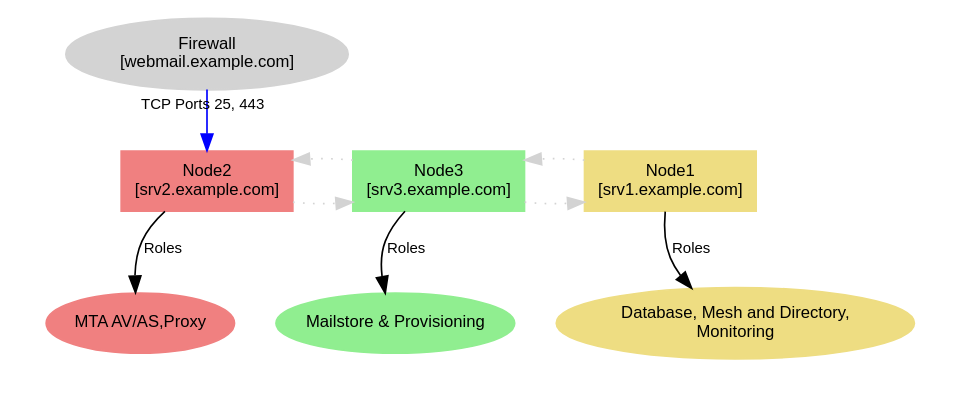
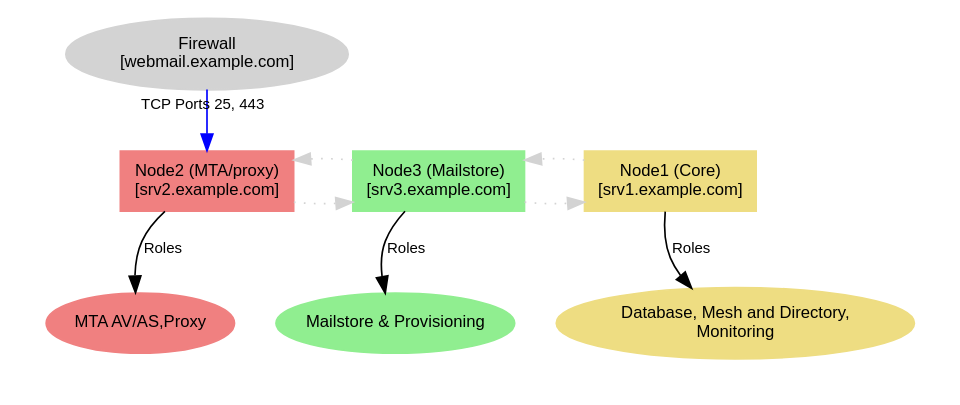
Before and after one commit to zextras/tech-doc: the diagram in source/carbonio/install/scenarios/essential/essential.dot, drawn with Graphviz.

Commit message:
[ZTD-938] add names to the Nodes

```diff
--- a/source/carbonio/install/scenarios/essential/essential.dot
+++ b/source/carbonio/install/scenarios/essential/essential.dot
@@ -1,64 +1,64 @@
 digraph NetworkWithPortForwarding {
     rankdir=TB;
     node [shape=box, style=filled, fontname="Arial", fontsize=10];
 
     // Firewall node
     "Firewall" [label="Firewall\n[webmail.example.com]", shape=ellipse, style=filled, color=lightgrey];
 
     // First Node: Hosting Database, Mesh and Directory, etc.
-    "Node1 (Server)" [label="Node1 \n[srv1.example.com]", shape=box, style=filled, color=lightgoldenrod];
+    "Node1 (Server)" [label="Node1 (Core) \n[srv1.example.com]", shape=box, style=filled, color=lightgoldenrod];
 
     subgraph cluster_roles_node1 {
         label = ""; // Remove default cluster label
         color = none; // Remove box boundary
 
         "RolesNode1" [label="Database, Mesh and Directory,\nMonitoring", 
                       shape=ellipse, style=filled, color=lightgoldenrod, fontname="Arial", fontsize=10];
     }
 
     // Second Node: Hosting WSC, Docs, and Tasks
-    "Node2 (Server)" [label="Node2 \n[srv2.example.com]", shape=box, style=filled, color=lightcoral];
+    "Node2 (Server)" [label="Node2 (MTA/proxy) \n[srv2.example.com]", shape=box, style=filled, color=lightcoral];
 
     subgraph cluster_roles_node2 {
         label = ""; // Remove default cluster label
         color = none; // Remove box boundary
 
         "RolesNode2" [label="MTA AV/AS,Proxy", 
                       shape=ellipse, style=filled, color=lightcoral, fontname="Arial", fontsize=10];
     }
 
     // Third Node: Hosting Videoserver
-    "Node3 (Server)" [label="Node3 \n[srv3.example.com]", shape=box, style=filled, color=lightgreen];
+    "Node3 (Server)" [label="Node3 (Mailstore) \n[srv3.example.com]", shape=box, style=filled, color=lightgreen];
 
     subgraph cluster_roles_node3 {
         label = ""; // Remove default cluster label
         color = none; // Remove box boundary
 
         "RolesNode3" [label="Mailstore & Provisioning", 
                       shape=ellipse, style=filled, color=lightgreen, fontname="Arial", fontsize=10];
     }
 
     // Rank constraints to place Firewall above other nodes
     { rank=min; "Firewall"; }
     { rank=same; "Node1 (Server)"; "Node2 (Server)"; "Node3 (Server)"; }
 
     // Port forwarding arrows
     "Firewall" -> "Node2 (Server)" [color=blue, taillabel="TCP Ports 25, 443", labeldistance=1, labelangle=-15, fontname="Arial", fontsize=9];
 
     // Connect nodes to their respective roles with visible edges
     "Node1 (Server)" -> "RolesNode1" [label="Roles", color=black, fontname="Arial", fontsize=9];
     "Node2 (Server)" -> "RolesNode2" [label="Roles", color=black, fontname="Arial", fontsize=9];
     "Node3 (Server)" -> "RolesNode3" [label="Roles", color=black, fontname="Arial", fontsize=9];
 
     // Network-like connections between nodes using dashed lines (corrected to directed edges)
     "Node2 (Server)" -> "Node3 (Server)" [style=dotted, color=lightgrey];
     "Node3 (Server)" -> "Node2 (Server)" [style=dotted, color=lightgrey];
     "Node3 (Server)" -> "Node1 (Server)" [style=dotted, color=lightgrey];
     "Node1 (Server)" -> "Node3 (Server)" [style=dotted, color=lightgrey];
 
 
     // Connect nodes to their respective roles (invisible links for structure)
     "Node1 (Server)" -> "RolesNode1" [style=invis];
     "Node2 (Server)" -> "RolesNode2" [style=invis];
     "Node3 (Server)" -> "RolesNode3" [style=invis];
 }
```
